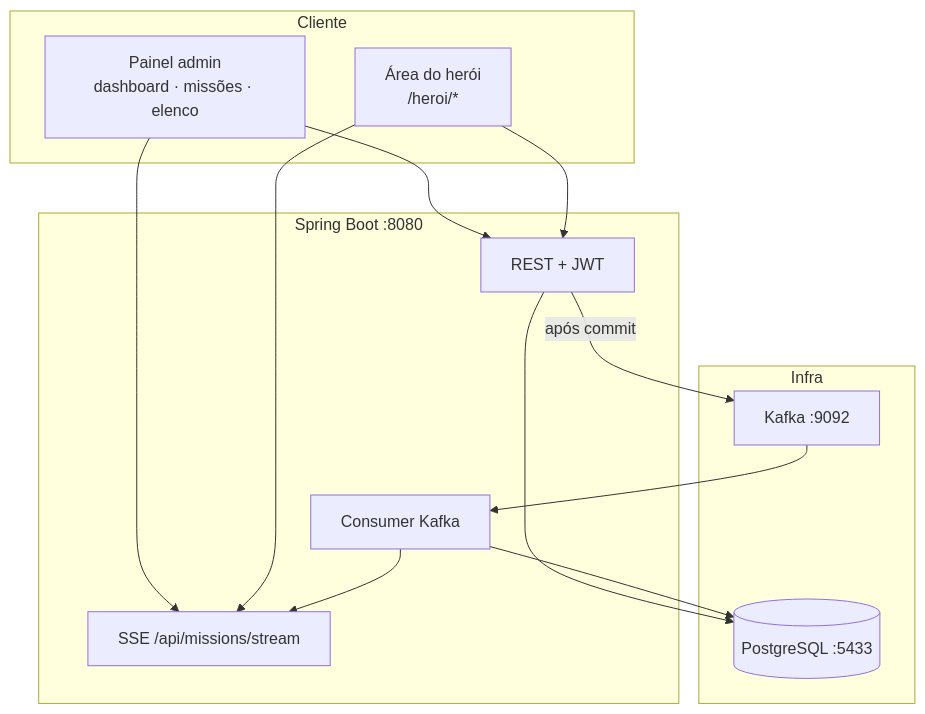
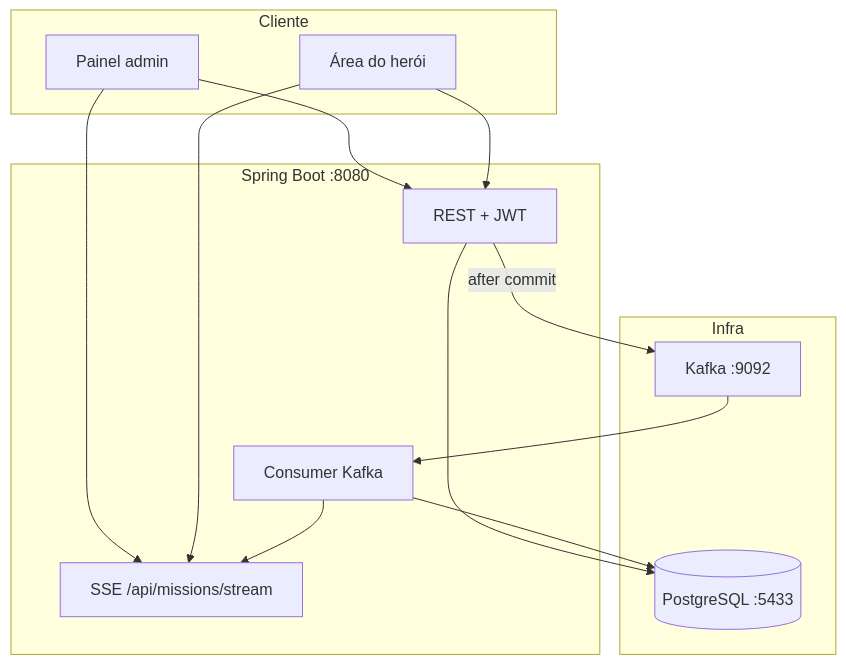
Before and after one commit to karolAlbuquerque/central-lj: the diagram in README.md, drawn with Mermaid. The commit also changed other lines of this file and 186 other files, not shown here.

First line of the commit message:
feat: implement user registration and enhance authentication flow

````diff
--- a/README.md
+++ b/README.md
@@ -45,23 +79,23 @@
 ```mermaid
 flowchart TB
   subgraph Cliente
-    ADM["Painel admin<br/>dashboard · missões · elenco"]
-    HER["Área do herói<br/>/heroi/*"]
+    ADM["Painel admin"]
+    HER["Área do herói"]
   end
   subgraph API["Spring Boot :8080"]
     REST["REST + JWT"]
     SSE["SSE /api/missions/stream"]
     CONS["Consumer Kafka"]
   end
   subgraph Infra
     PG[(PostgreSQL :5433)]
     KF[Kafka :9092]
   end
   ADM & HER --> REST
   ADM & HER --> SSE
   REST --> PG
-  REST -->|após commit| KF
+  REST -->|after commit| KF
   KF --> CONS
   CONS --> PG
   CONS --> SSE
 ```
````
